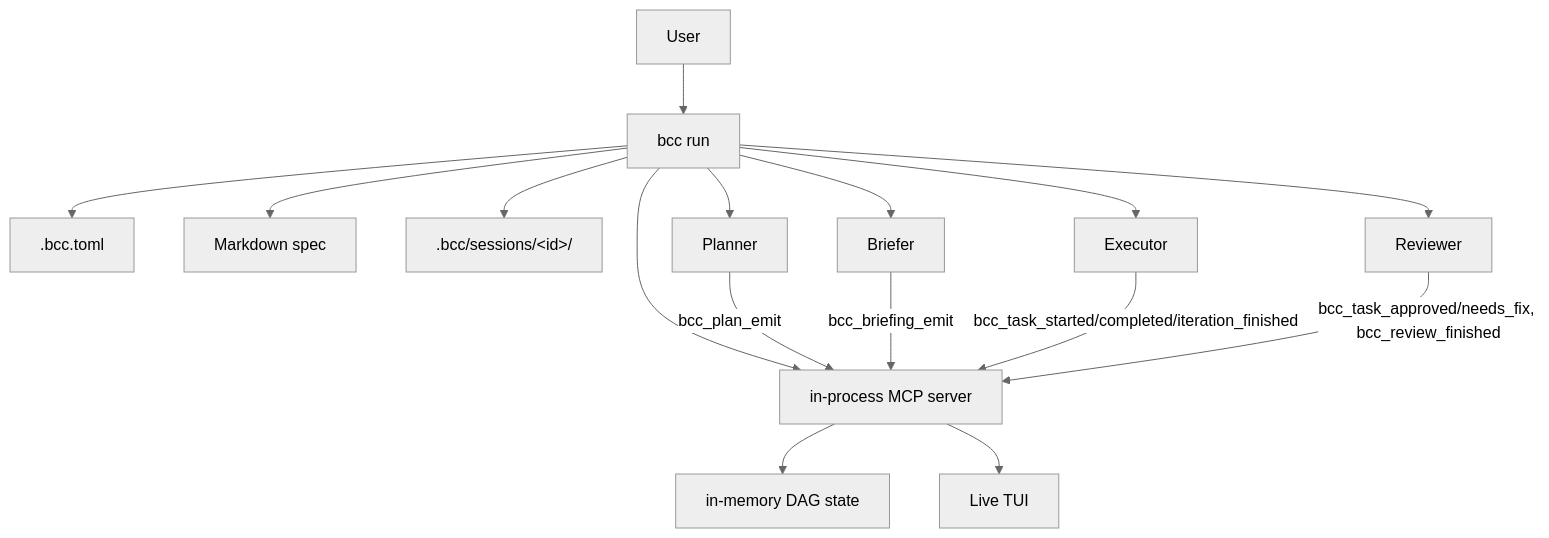
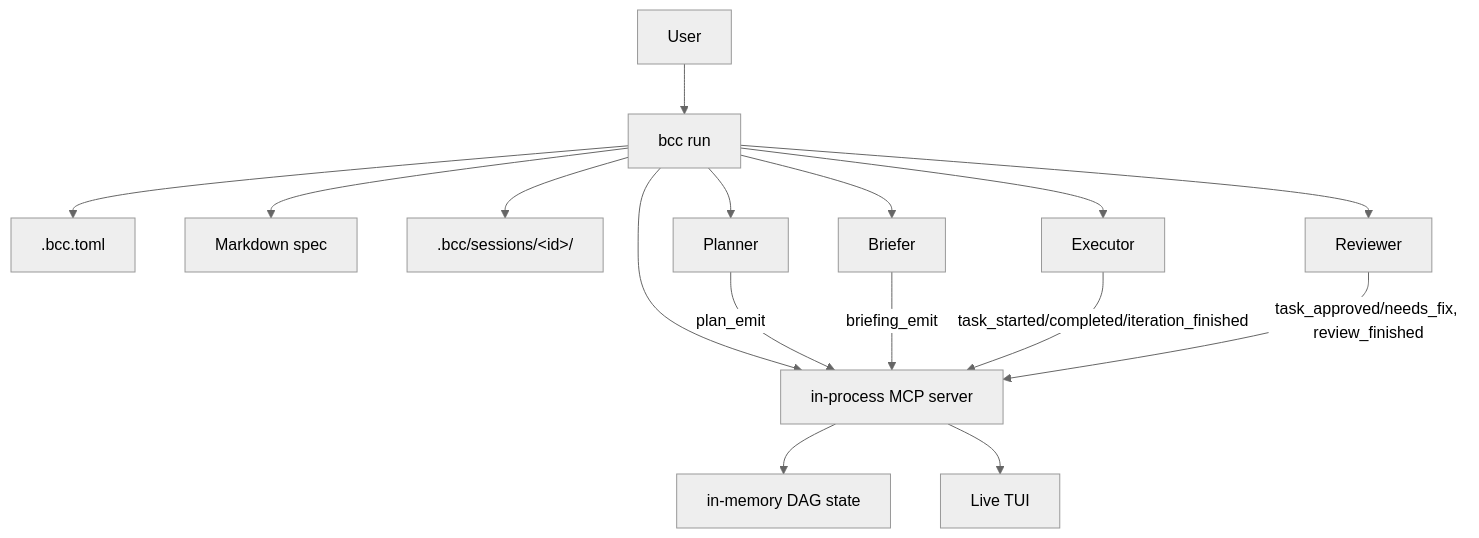
One commit to fgmacedo/buchecha changed the first of 2 diagrams in docs/specs/director/index.md. Above: the diagram before and after it, drawn with Mermaid (neutral theme). The commit also changed other lines of this file and 5 other files, not shown here.

````diff
--- a/docs/specs/director/index.md
+++ b/docs/specs/director/index.md
@@ -47,18 +47,18 @@
 ```mermaid
 graph TD
     USER[User] --> BCC[bcc run]
     BCC --> CFG[".bcc.toml"]
     BCC --> SPEC[Markdown spec]
     BCC --> SESS[".bcc/sessions/&lt;id&gt;/"]
     BCC --> MCP[in-process MCP server]
     BCC --> PLANNER[Planner]
-    PLANNER -- bcc_plan_emit --> MCP
+    PLANNER -- plan_emit --> MCP
     MCP --> DAG[in-memory DAG state]
     BCC --> BRIEFER[Briefer]
-    BRIEFER -- bcc_briefing_emit --> MCP
+    BRIEFER -- briefing_emit --> MCP
     BCC --> EXEC[Executor]
-    EXEC -- bcc_task_started/completed/iteration_finished --> MCP
+    EXEC -- task_started/completed/iteration_finished --> MCP
     BCC --> REV[Reviewer]
-    REV -- bcc_task_approved/needs_fix, bcc_review_finished --> MCP
+    REV -- task_approved/needs_fix, review_finished --> MCP
     MCP --> TUI[Live TUI]
 ```
````
